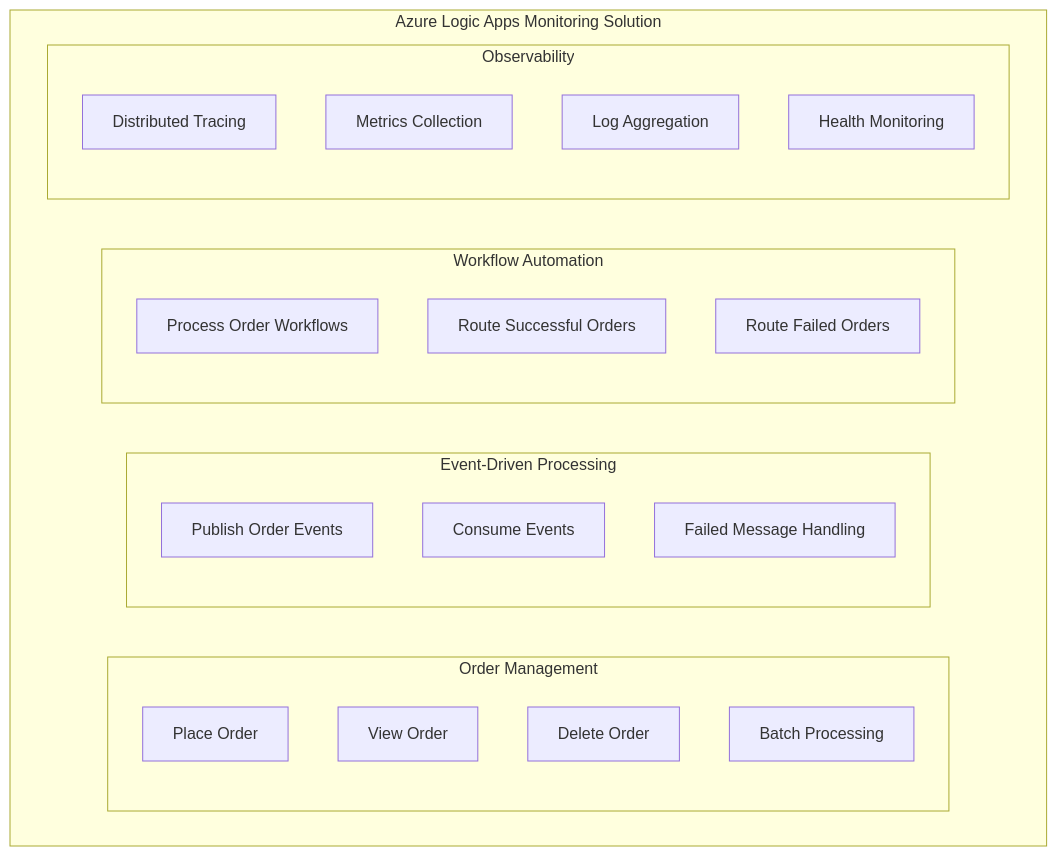
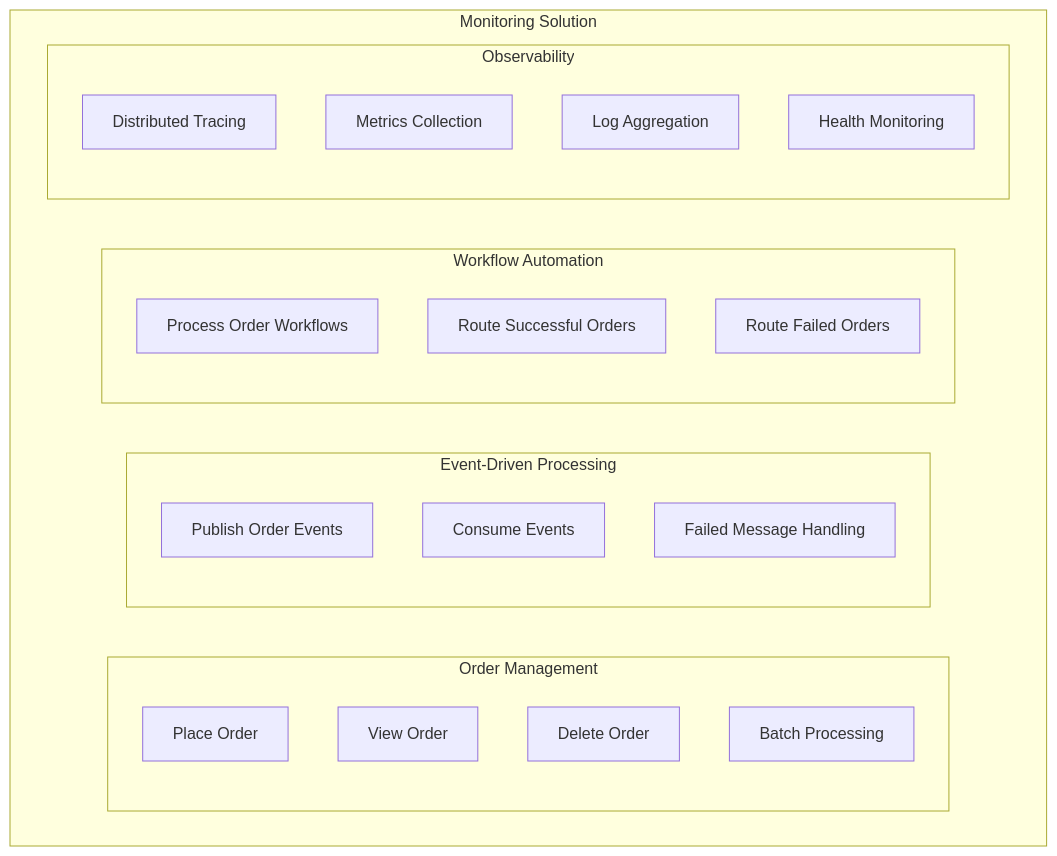
Before and after one commit to Evilazaro/Azure-LogicApps-Monitoring: the first of 11 diagrams in docs/SolutionArchitecture.md, drawn with Mermaid.

Commit message:
Update architecture documentation to simplify subgraph naming in SolutionArchitecture.md

````diff
--- a/docs/SolutionArchitecture.md
+++ b/docs/SolutionArchitecture.md
@@ -70,30 +70,30 @@
 ```mermaid
 flowchart TD
-    subgraph Enterprise["Azure Logic Apps Monitoring Solution"]
+    subgraph Enterprise["Monitoring Solution"]
         subgraph OrderMgmt["Order Management"]
             PlaceOrder["Place Order"]
             ViewOrder["View Order"]
             DeleteOrder["Delete Order"]
             BatchProcess["Batch Processing"]
         end
         
         subgraph EventProcessing["Event-Driven Processing"]
             PublishEvents["Publish Order Events"]
             ConsumeEvents["Consume Events"]
             DeadLetterMgmt["Failed Message Handling"]
         end
         
         subgraph WorkflowAutomation["Workflow Automation"]
             ProcessOrders["Process Order Workflows"]
             RouteSuccess["Route Successful Orders"]
             RouteErrors["Route Failed Orders"]
         end
         
         subgraph Observability["Observability"]
             DistributedTracing["Distributed Tracing"]
             MetricsCollection["Metrics Collection"]
             LogAggregation["Log Aggregation"]
             HealthMonitoring["Health Monitoring"]
         end
     end
 ```
````
